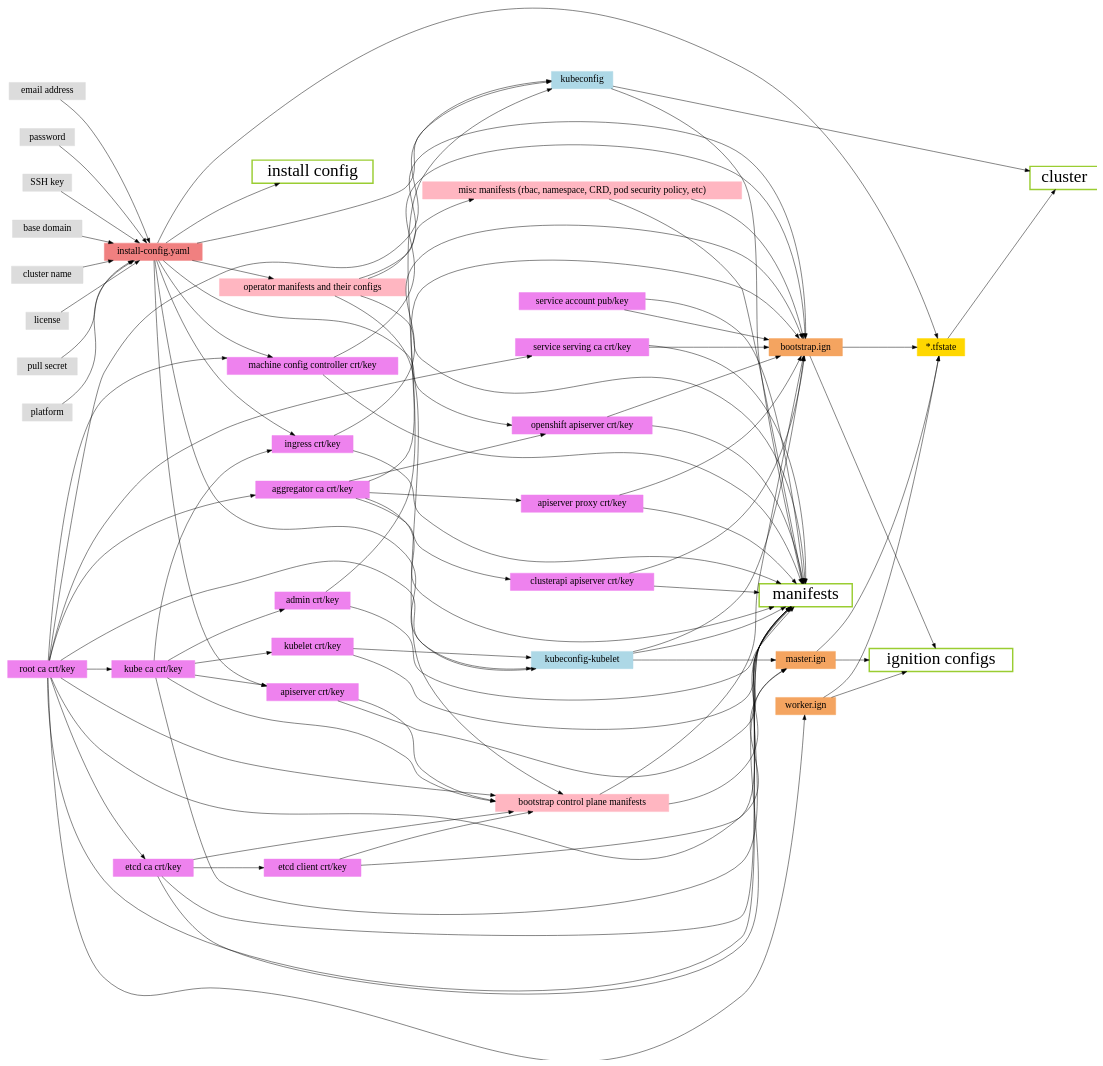
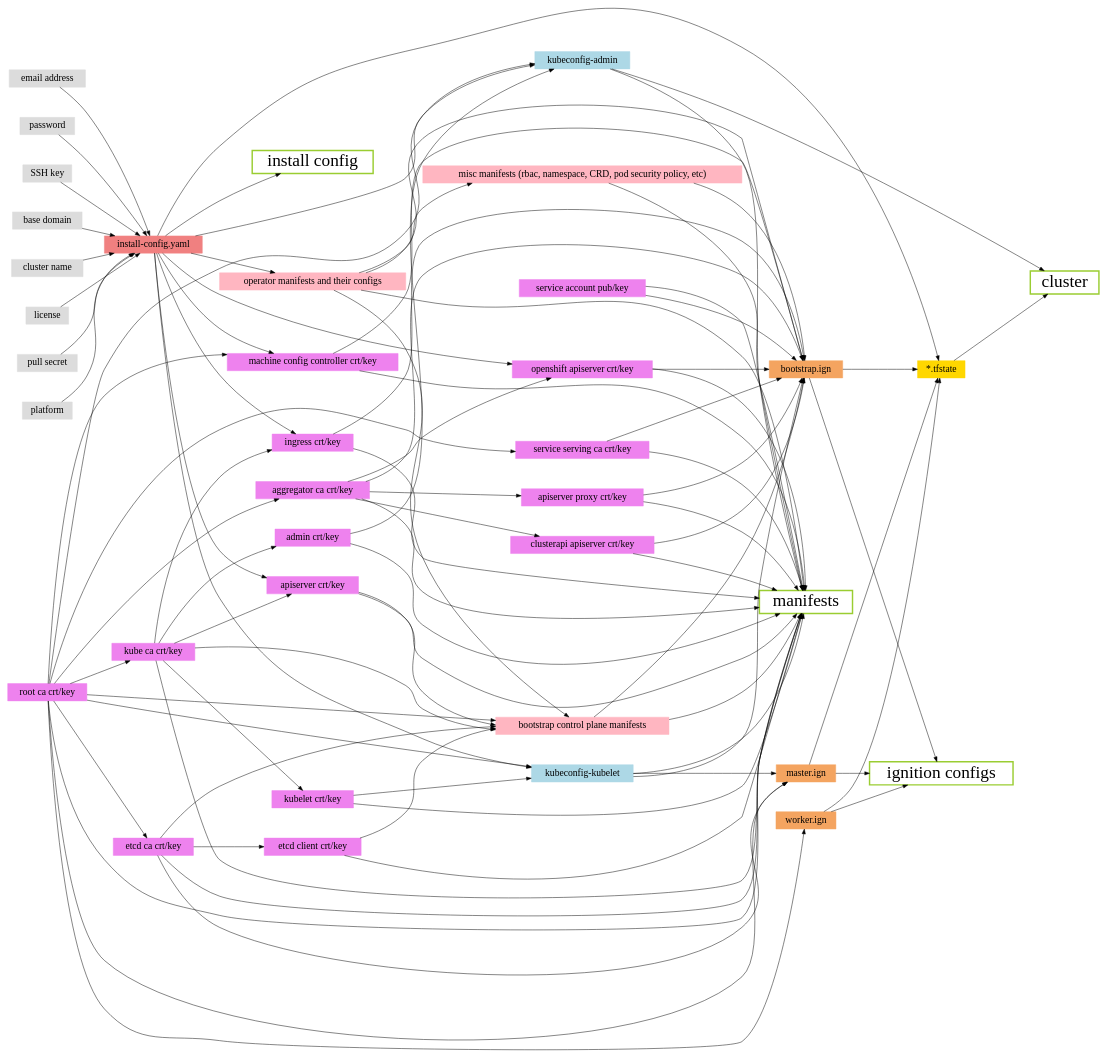
One commit to openshift/installer changed the diagram in Documentation/design/resource_dep.dot. Above: the diagram before and after it, drawn with Graphviz. The commit also changed 1 other file, not shown here.

Commit message:
graph: Update the dependency graph.
Rename "kubeconfig" to "kubeconfig_admin", and "kubelet_kubeconfig" to
"kubeconfig_kubelet".

```diff
--- a/Documentation/design/resource_dep.dot
+++ b/Documentation/design/resource_dep.dot
@@ -76,8 +76,8 @@
   // Kubeconfigs
   {
     node [style=filled,color=lightblue];
-    kubelet_kubeconfig [label="kubeconfig-kubelet"];
-    kubeconfig [label="kubeconfig"];
+    kubeconfig_admin [label="kubeconfig-admin"];
+    kubeconfig_kubelet [label="kubeconfig-kubelet"];
   }
 
 
@@ -106,8 +106,8 @@
   root_ca_bundle -> mcc_bundle;
   install_config -> mcc_bundle;
 
-  root_ca_bundle -> kubeconfig;
-  root_ca_bundle -> kubelet_kubeconfig;
+  root_ca_bundle -> kubeconfig_admin;
+  root_ca_bundle -> kubeconfig_kubelet;
   root_ca_bundle -> bootstrap_control_plane;
   root_ca_bundle -> master_ignition;
   root_ca_bundle -> worker_ignition;
@@ -131,12 +131,12 @@
   aggregator_ca_bundle -> clusterapi_apiserver_bundle;
   aggregator_ca_bundle -> bootstrap_ignition;
 
-  admin_bundle -> kubeconfig;
+  admin_bundle -> kubeconfig_admin;
 
-  kubelet_bundle -> kubelet_kubeconfig;
+  kubelet_bundle -> kubeconfig_kubelet;
 
-  install_config -> kubeconfig;
-  install_config -> kubelet_kubeconfig;
+  install_config -> kubeconfig_admin;
+  install_config -> kubeconfig_kubelet;
 
   apiserver_bundle -> bootstrap_control_plane;
 
@@ -164,8 +164,8 @@
   bootstrap_control_plane -> bootstrap_ignition;
   misc_manifests -> bootstrap_ignition;
 
-  kubelet_kubeconfig -> bootstrap_ignition;
-  kubelet_kubeconfig -> master_ignition;
+  kubeconfig_kubelet -> bootstrap_ignition;
+  kubeconfig_kubelet -> master_ignition;
 
   bootstrap_ignition -> terraform_state;
   master_ignition -> terraform_state;
@@ -196,9 +196,9 @@
   bootstrap_control_plane -> manifests;
   misc_manifests -> manifests;
 
-  kubelet_kubeconfig -> manifests;
-  kubeconfig -> manifests;
-  kubeconfig -> cluster;
+  kubeconfig_kubelet -> manifests;
+  kubeconfig_admin -> manifests;
+  kubeconfig_admin -> cluster;
 
   bootstrap_ignition -> ignition_configs;
   master_ignition -> ignition_configs;
```
